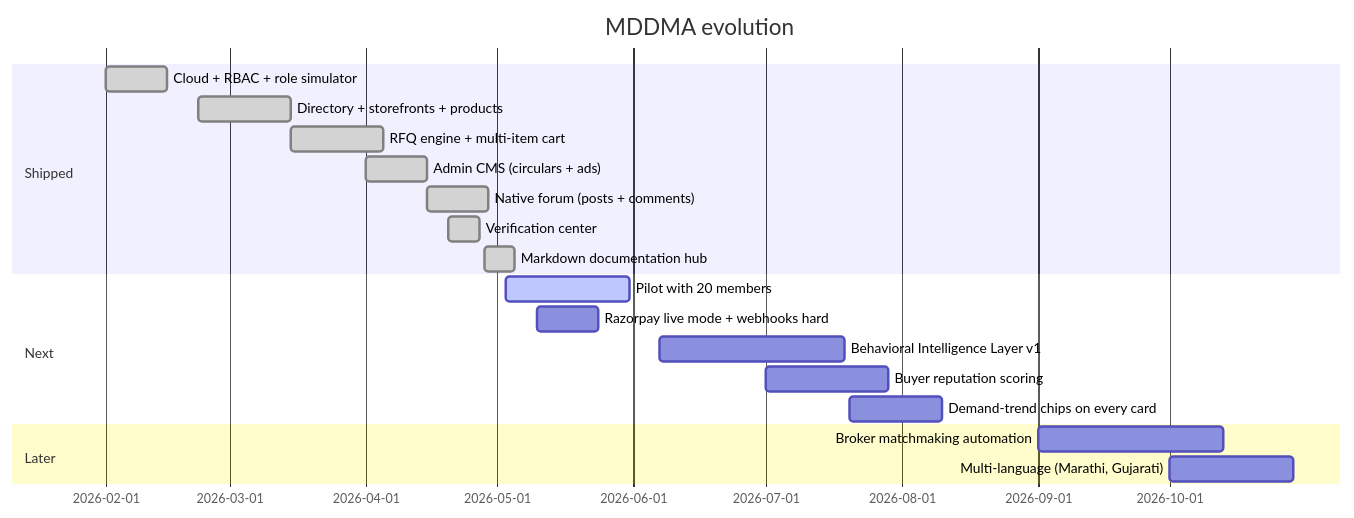
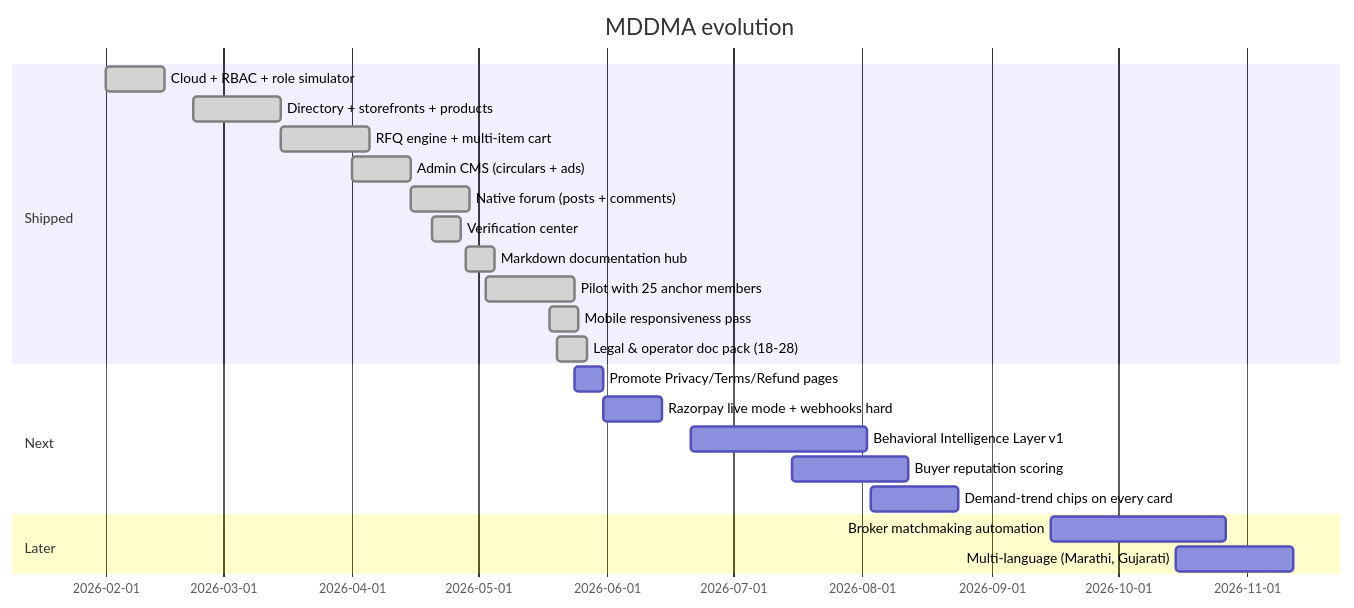
One commit to arka97/mddma-test changed the second of 2 diagrams in src/content/docs/06-build-and-operations.md. Above: the diagram before and after it, drawn with Mermaid. The commit also changed other lines of this file and 9 other files, not shown here.

````diff
--- a/src/content/docs/06-build-and-operations.md
+++ b/src/content/docs/06-build-and-operations.md
@@ -87,22 +87,25 @@
 ```mermaid
 gantt
   title MDDMA evolution
   dateFormat YYYY-MM-DD
   section Shipped
   Cloud + RBAC + role simulator      :done, 2026-02-01, 2w
   Directory + storefronts + products :done, 2026-02-22, 3w
   RFQ engine + multi-item cart       :done, 2026-03-15, 3w
   Admin CMS (circulars + ads)        :done, 2026-04-01, 2w
   Native forum (posts + comments)    :done, 2026-04-15, 2w
   Verification center                :done, 2026-04-20, 1w
   Markdown documentation hub         :done, 2026-04-28, 1w
+  Pilot with 25 anchor members       :done, 2026-05-03, 3w
+  Mobile responsiveness pass         :done, 2026-05-18, 1w
+  Legal & operator doc pack (18-28)  :done, 2026-05-20, 1w
   section Next
-  Pilot with 20 members              :active, 2026-05-03, 4w
-  Razorpay live mode + webhooks hard :2026-05-10, 2w
-  Behavioral Intelligence Layer v1   :2026-06-07, 6w
-  Buyer reputation scoring           :2026-07-01, 4w
-  Demand-trend chips on every card   :2026-07-20, 3w
+  Promote Privacy/Terms/Refund pages :2026-05-24, 1w
+  Razorpay live mode + webhooks hard :2026-05-31, 2w
+  Behavioral Intelligence Layer v1   :2026-06-21, 6w
+  Buyer reputation scoring           :2026-07-15, 4w
+  Demand-trend chips on every card   :2026-08-03, 3w
   section Later
-  Broker matchmaking automation      :2026-09-01, 6w
-  Multi-language (Marathi, Gujarati) :2026-10-01, 4w
+  Broker matchmaking automation      :2026-09-15, 6w
+  Multi-language (Marathi, Gujarati) :2026-10-15, 4w
 ```
````
